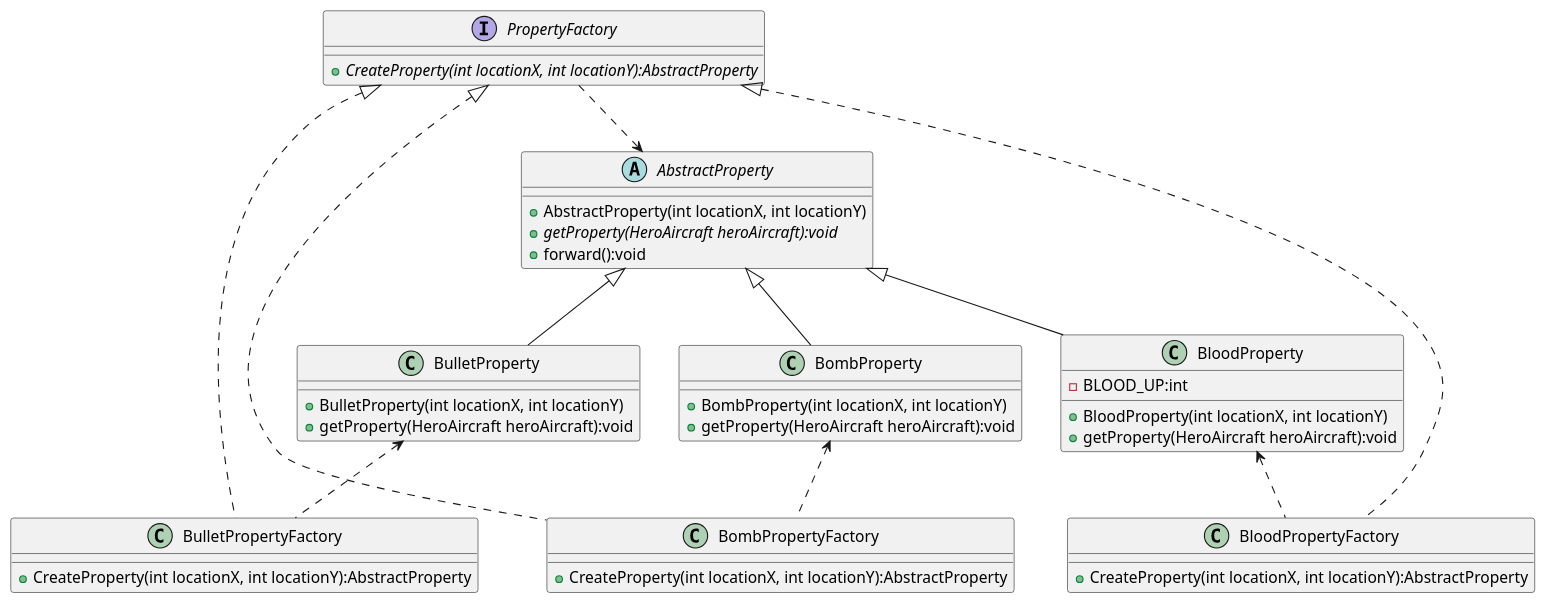
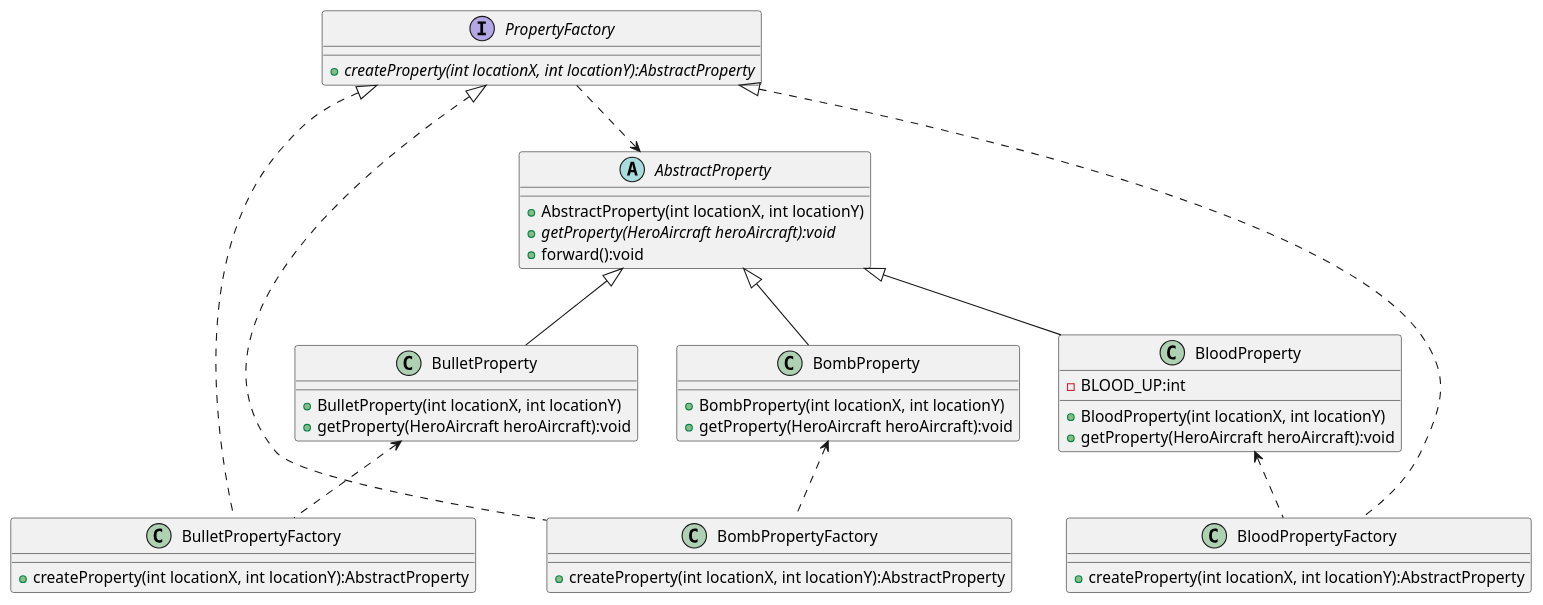
The diagram in uml/uml_exp2_Factory2.puml (Stone749990226/AircraftWar), drawn with PlantUML before and after one commit. The commit also changed 7 other files, not shown here.

```diff
--- a/uml/uml_exp2_Factory2.puml
+++ b/uml/uml_exp2_Factory2.puml
@@ -1,48 +1,48 @@
 @startuml
 abstract class AbstractProperty{
 + AbstractProperty(int locationX, int locationY)
 + {abstract} getProperty(HeroAircraft heroAircraft):void
 + forward():void
 }
 class BulletProperty {
 + BulletProperty(int locationX, int locationY)
 + getProperty(HeroAircraft heroAircraft):void
 }
 class BloodProperty {
 - BLOOD_UP:int
 + BloodProperty(int locationX, int locationY)
 + getProperty(HeroAircraft heroAircraft):void
 }
 class BombProperty {
 + BombProperty(int locationX, int locationY)
 + getProperty(HeroAircraft heroAircraft):void
 }
 
 Interface PropertyFactory{
-+ {abstract} CreateProperty(int locationX, int locationY):AbstractProperty
++ {abstract} createProperty(int locationX, int locationY):AbstractProperty
 }
 class BloodPropertyFactory{
-+ CreateProperty(int locationX, int locationY):AbstractProperty
++ createProperty(int locationX, int locationY):AbstractProperty
 }
 class BombPropertyFactory{
-+ CreateProperty(int locationX, int locationY):AbstractProperty
++ createProperty(int locationX, int locationY):AbstractProperty
 }
 class BulletPropertyFactory{
-+ CreateProperty(int locationX, int locationY):AbstractProperty
++ createProperty(int locationX, int locationY):AbstractProperty
 }
 PropertyFactory <|.. BloodPropertyFactory
 PropertyFactory <|.. BombPropertyFactory
 PropertyFactory <|.. BulletPropertyFactory
 
 AbstractProperty <|-- BloodProperty
 AbstractProperty <|-- BombProperty
 AbstractProperty <|-- BulletProperty
 
 BloodProperty <..  BloodPropertyFactory
 BombProperty <..   BombPropertyFactory
 BulletProperty <.. BulletPropertyFactory
 
 PropertyFactory ..> AbstractProperty
 
 
 @enduml
```
